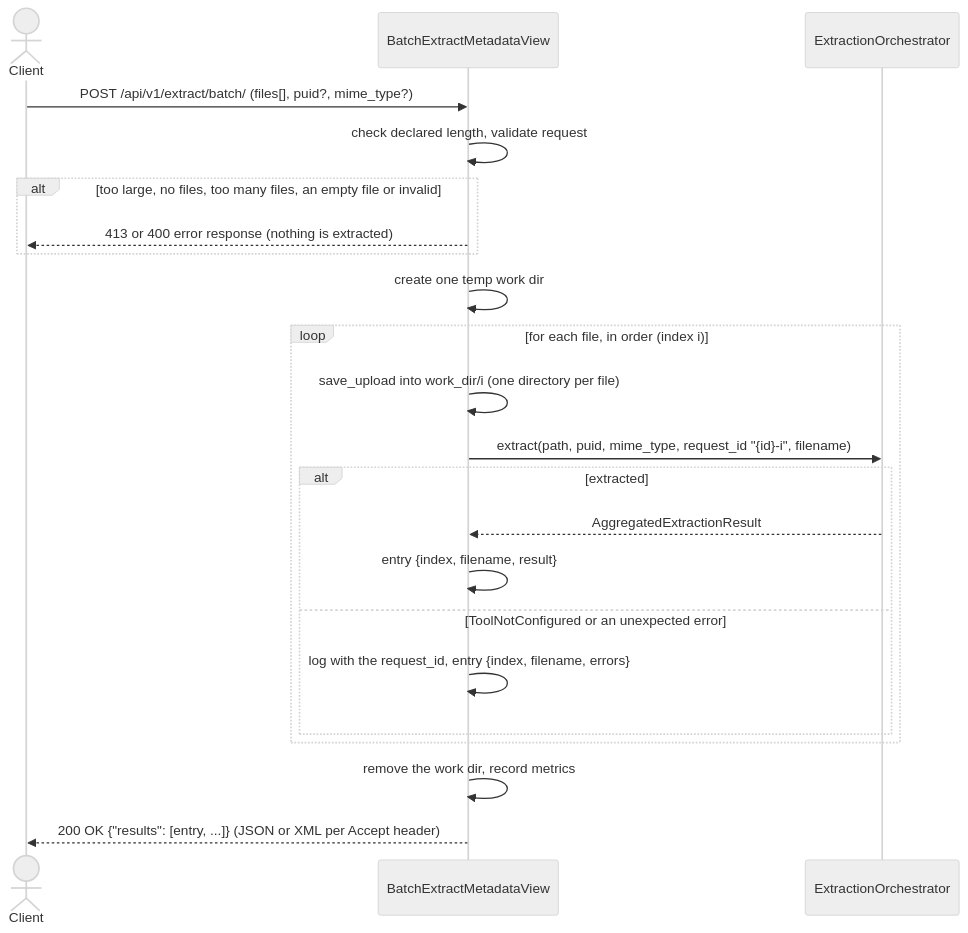
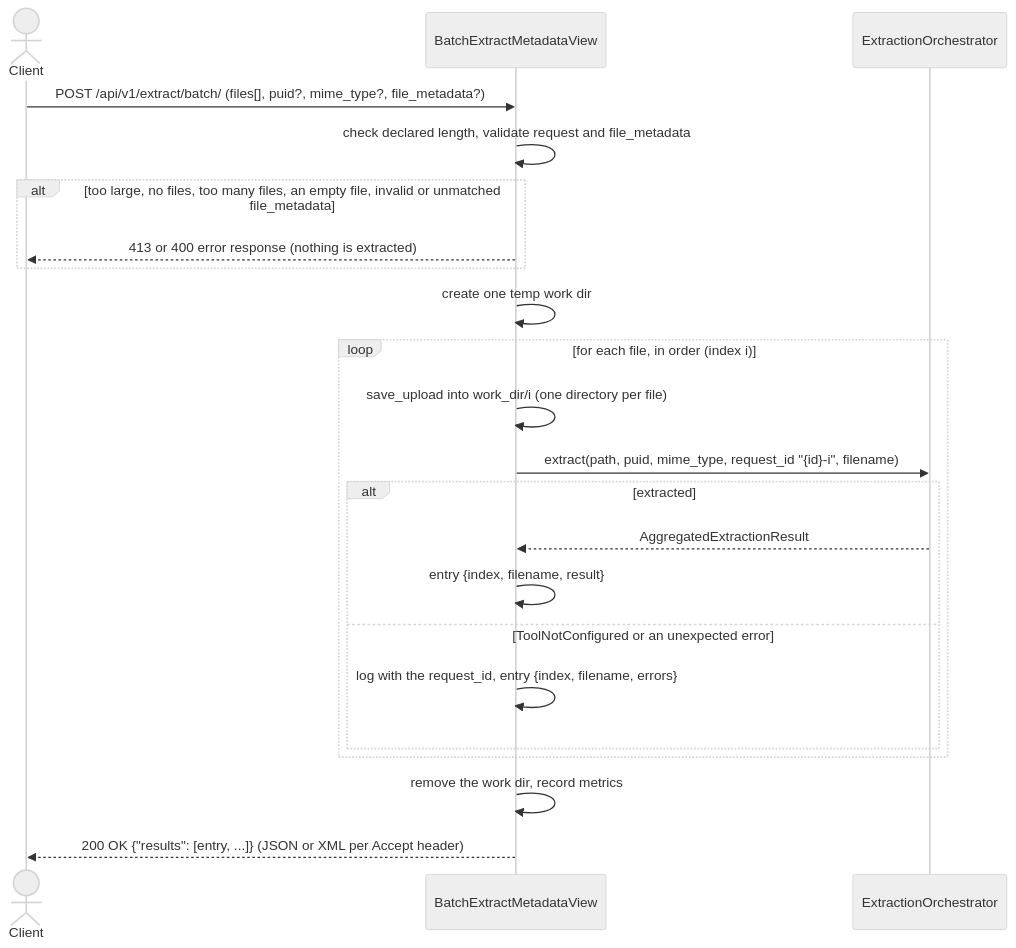
The fifth of 6 diagrams in docs/diagrams.md (EOSC-EDEN/metadata-extraction-service), drawn with Mermaid (neutral theme) before and after one commit. The commit also changed other lines of this file and 13 other files, not shown here.

Commit message:
Add support per-file puid, object identifer & type in batch extraction

````diff
--- a/docs/diagrams.md
+++ b/docs/diagrams.md
@@ -238,25 +240,25 @@
 ```mermaid
 sequenceDiagram
     actor Client
     participant API as BatchExtractMetadataView
     participant Orch as ExtractionOrchestrator
 
-    Client->>API: POST /api/v1/extract/batch/ (files[], puid?, mime_type?)
-    API->>API: check declared length, validate request
-    alt too large, no files, too many files, an empty file or invalid
+    Client->>API: POST /api/v1/extract/batch/ (files[], puid?, mime_type?, file_metadata?)
+    API->>API: check declared length, validate request and file_metadata
+    alt too large, no files, too many files, an empty file, invalid or unmatched file_metadata
         API-->>Client: 413 or 400 error response (nothing is extracted)
     end
     API->>API: create one temp work dir
     loop for each file, in order (index i)
         API->>API: save_upload into work_dir/i (one directory per file)
         API->>Orch: extract(path, puid, mime_type, request_id "{id}-i", filename)
         alt extracted
             Orch-->>API: AggregatedExtractionResult
             API->>API: entry {index, filename, result}
         else ToolNotConfigured or an unexpected error
             API->>API: log with the request_id, entry {index, filename, errors}
         end
     end
     API->>API: remove the work dir, record metrics
     API-->>Client: 200 OK {"results": [entry, ...]} (JSON or XML per Accept header)
 ```
````
